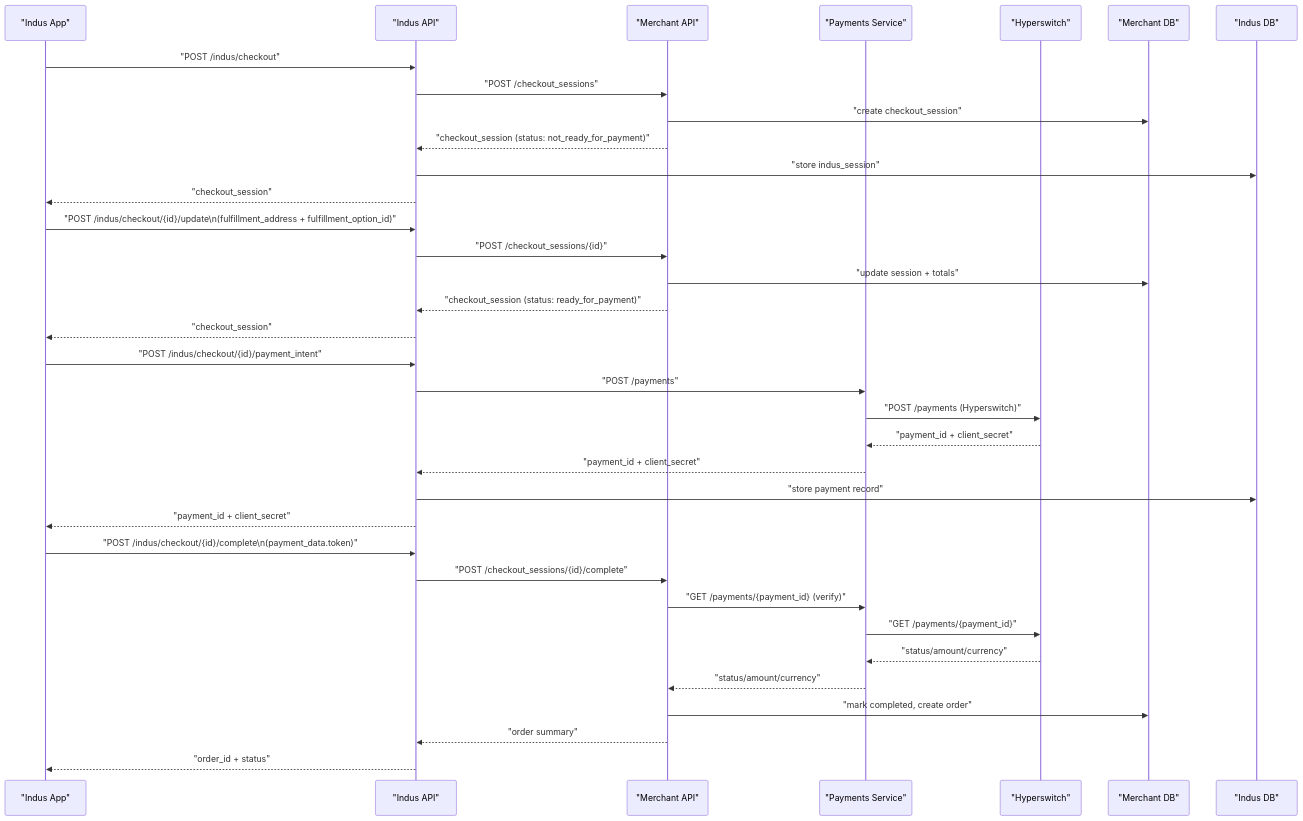
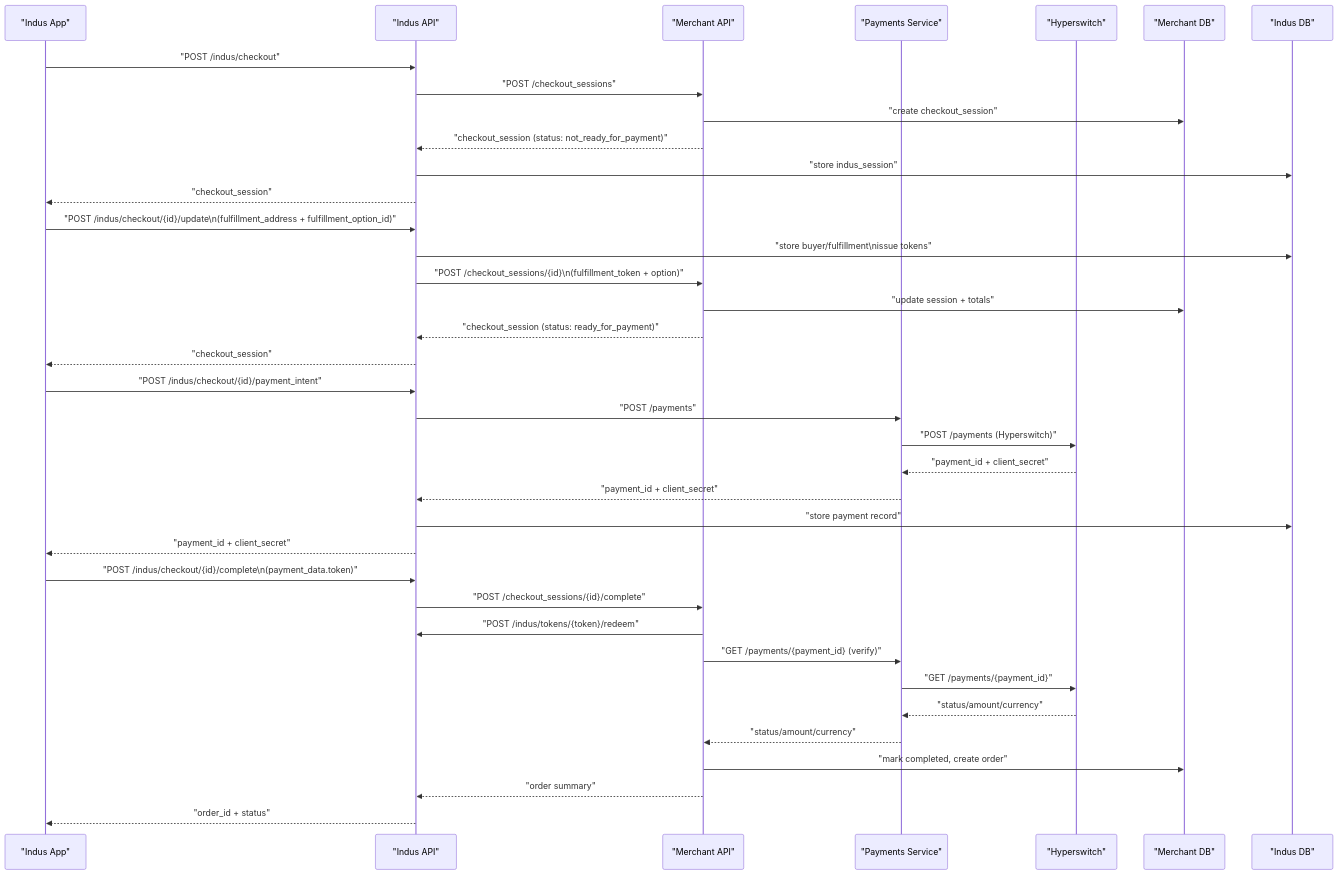
The second of 3 diagrams in README.md (mrunalpendem123/Setu), drawn with Mermaid before and after one commit. The commit also changed other lines of this file and 17 other files, not shown here.

Commit message:
refactor: indus-owned buyer/fulfillment tokens

````diff
--- a/README.md
+++ b/README.md
@@ -81,41 +92,43 @@
 ```mermaid
 sequenceDiagram
   participant U as "Indus App"
   participant I as "Indus API"
   participant M as "Merchant API"
   participant P as "Payments Service"
   participant H as "Hyperswitch"
   participant MDB as "Merchant DB"
   participant IDB as "Indus DB"
 
   U->>I: "POST /indus/checkout"
   I->>M: "POST /checkout_sessions"
   M->>MDB: "create checkout_session"
   M-->>I: "checkout_session (status: not_ready_for_payment)"
   I->>IDB: "store indus_session"
   I-->>U: "checkout_session"
 
   U->>I: "POST /indus/checkout/{id}/update\n(fulfillment_address + fulfillment_option_id)"
-  I->>M: "POST /checkout_sessions/{id}"
+  I->>IDB: "store buyer/fulfillment\nissue tokens"
+  I->>M: "POST /checkout_sessions/{id}\n(fulfillment_token + option)"
   M->>MDB: "update session + totals"
   M-->>I: "checkout_session (status: ready_for_payment)"
   I-->>U: "checkout_session"
 
   U->>I: "POST /indus/checkout/{id}/payment_intent"
   I->>P: "POST /payments"
   P->>H: "POST /payments (Hyperswitch)"
   H-->>P: "payment_id + client_secret"
   P-->>I: "payment_id + client_secret"
   I->>IDB: "store payment record"
   I-->>U: "payment_id + client_secret"
 
   U->>I: "POST /indus/checkout/{id}/complete\n(payment_data.token)"
   I->>M: "POST /checkout_sessions/{id}/complete"
+  M->>I: "POST /indus/tokens/{token}/redeem"
   M->>P: "GET /payments/{payment_id} (verify)"
   P->>H: "GET /payments/{payment_id}"
   H-->>P: "status/amount/currency"
   P-->>M: "status/amount/currency"
   M->>MDB: "mark completed, create order"
   M-->>I: "order summary"
   I-->>U: "order_id + status"
 ```
````
